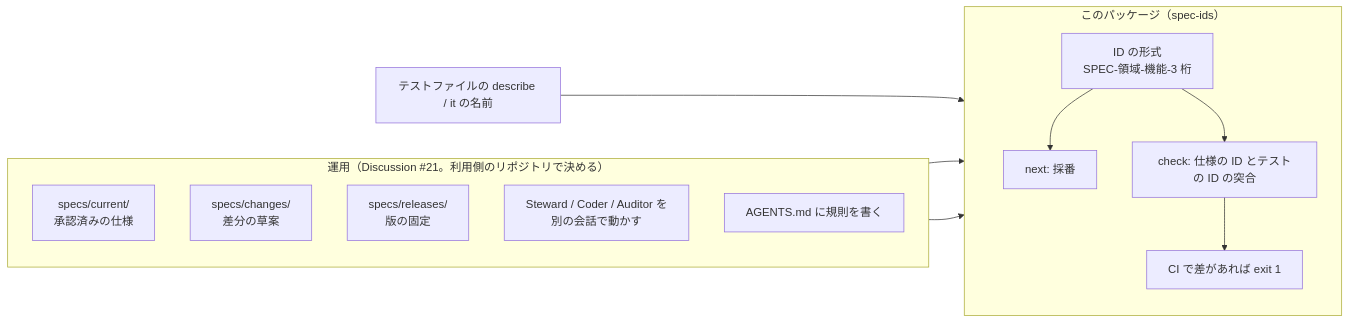
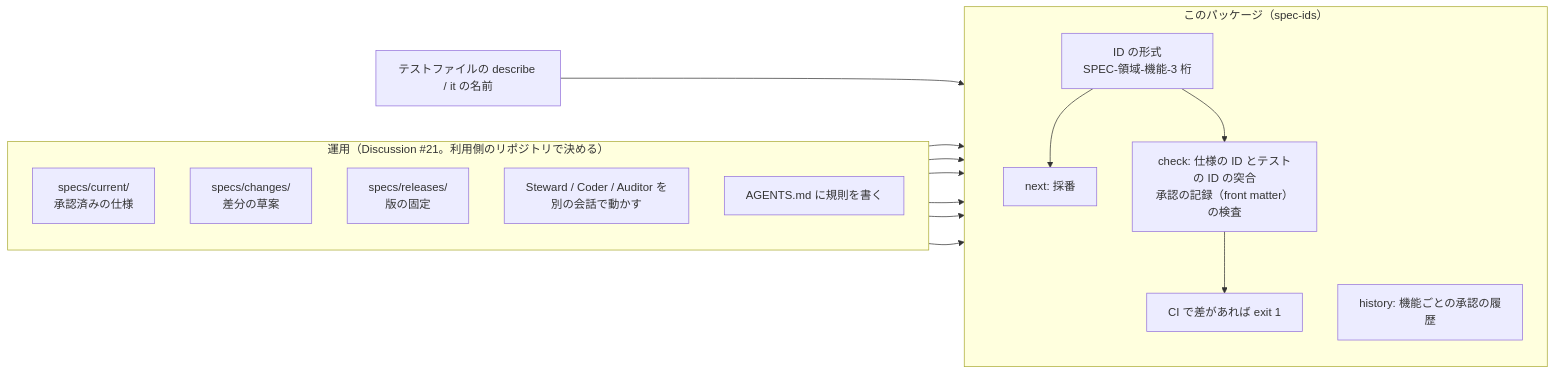
One commit to shuji-bonji/spec-ids changed the diagram in README.md. Above: the diagram before and after it, drawn with Mermaid. The commit also changed other lines of this file and 1 other file, not shown here.

First line of the commit message:
docs: README と CHANGELOG に 0.3.0 の front matter・検査 5〜7・history・migrate を書く（#5）

````diff
--- a/README.md
+++ b/README.md
@@ -18,24 +18,29 @@
 ```mermaid
 flowchart LR
   subgraph harness["運用（Discussion #21。利用側のリポジトリで決める）"]
     direction TB
     current["specs/current/<br/>承認済みの仕様"]
     changes["specs/changes/<br/>差分の草案"]
     releases["specs/releases/<br/>版の固定"]
     roles["Steward / Coder / Auditor を別の会話で動かす"]
     agents["AGENTS.md に規則を書く"]
   end
   subgraph tool["このパッケージ（spec-ids）"]
     direction TB
     id["ID の形式<br/>SPEC-領域-機能-3 桁"]
     next["next: 採番"]
-    check["check: 仕様の ID とテストの ID の突合"]
+    check["check: 仕様の ID とテストの ID の突合<br/>承認の記録（front matter）の検査"]
+    history["history: 機能ごとの承認の履歴"]
     ci["CI で差があれば exit 1"]
   end
   current --> check
   changes --> check
+  releases --> check
+  current --> history
+  changes --> history
+  releases --> history
   tests["テストファイルの describe / it の名前"] --> check
   id --> next
   id --> check
   check --> ci
 ```
````
